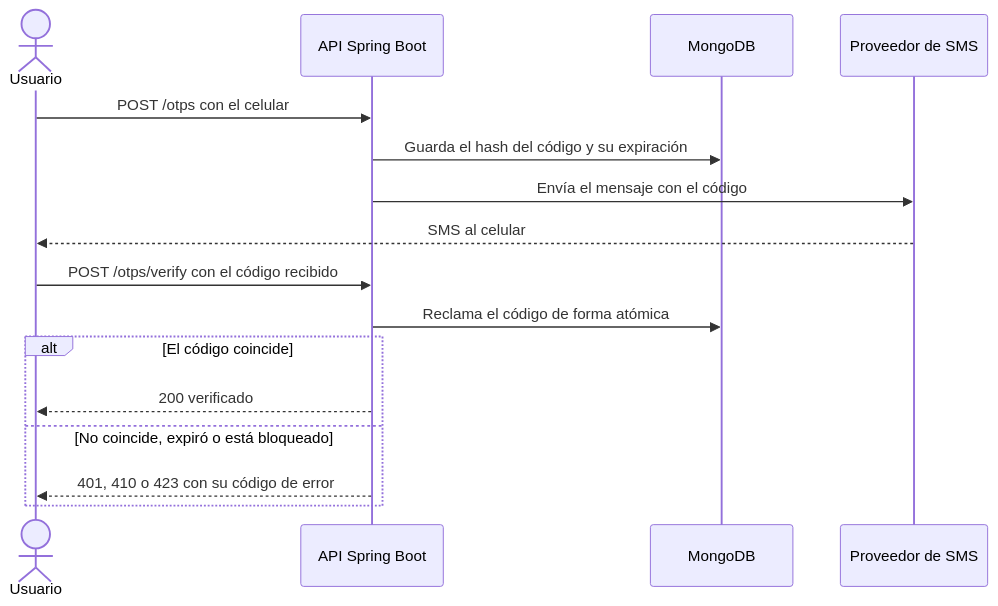
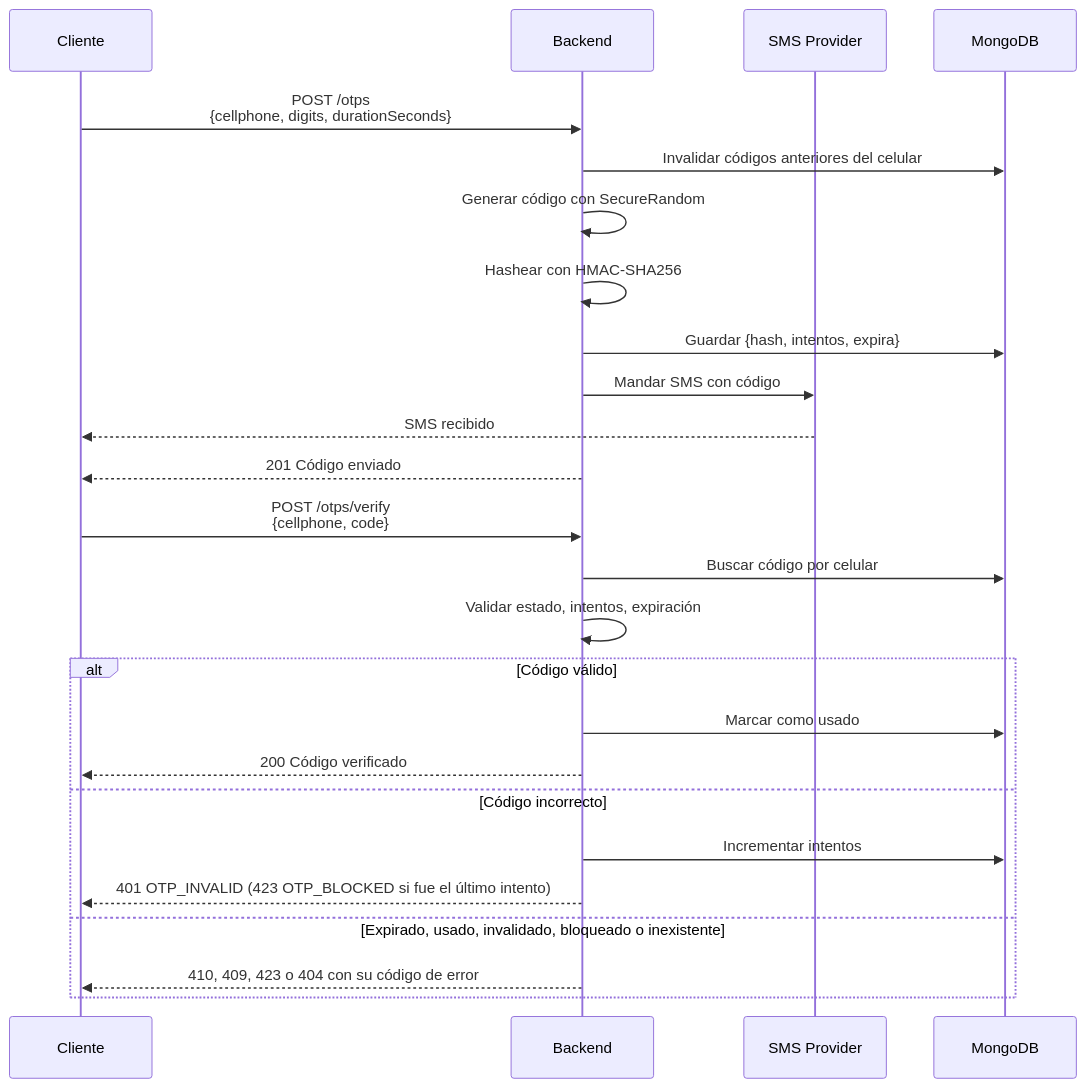
Before and after one commit to JoshRivas313/OTP-Service: the first of 2 diagrams in README.md, drawn with Mermaid. The commit also changed other lines of this file and 2 other files, not shown here.

First line of the commit message:
docs: add usage flows to the README and trim FLUJOS.md

````diff
--- a/README.md
+++ b/README.md
@@ -152,19 +565,29 @@
 ```mermaid
 sequenceDiagram
-    actor U as Usuario
-    participant A as API Spring Boot
-    participant M as MongoDB
-    participant S as Proveedor de SMS
+    participant Cliente
+    participant Backend
+    participant SMS as SMS Provider
+    participant Mongo as MongoDB
 
-    U->>A: POST /otps con el celular
-    A->>M: Guarda el hash del código y su expiración
-    A->>S: Envía el mensaje con el código
-    S-->>U: SMS al celular
-    U->>A: POST /otps/verify con el código recibido
-    A->>M: Reclama el código de forma atómica
-    alt El código coincide
-        A-->>U: 200 verificado
-    else No coincide, expiró o está bloqueado
-        A-->>U: 401, 410 o 423 con su código de error
+    Cliente->>Backend: POST /otps<br/>{cellphone, digits, durationSeconds}
+    Backend->>Mongo: Invalidar códigos anteriores del celular
+    Backend->>Backend: Generar código con SecureRandom
+    Backend->>Backend: Hashear con HMAC-SHA256
+    Backend->>Mongo: Guardar {hash, intentos, expira}
+    Backend->>SMS: Mandar SMS con código
+    SMS-->>Cliente: SMS recibido
+    Backend-->>Cliente: 201 Código enviado
+
+    Cliente->>Backend: POST /otps/verify<br/>{cellphone, code}
+    Backend->>Mongo: Buscar código por celular
+    Backend->>Backend: Validar estado, intentos, expiración
+    alt Código válido
+        Backend->>Mongo: Marcar como usado
+        Backend-->>Cliente: 200 Código verificado
+    else Código incorrecto
+        Backend->>Mongo: Incrementar intentos
+        Backend-->>Cliente: 401 OTP_INVALID (423 OTP_BLOCKED si fue el último intento)
+    else Expirado, usado, invalidado, bloqueado o inexistente
+        Backend-->>Cliente: 410, 409, 423 o 404 con su código de error
     end
 ```
````
